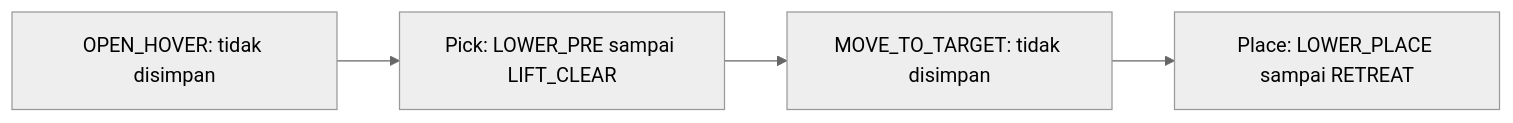
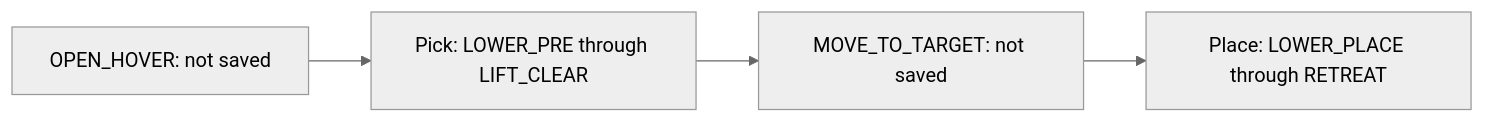
Before and after one commit to angelinemar/NSTC-Surgical-Instrument-Pick-Place: the third of 3 diagrams in README.md, drawn with Mermaid (neutral theme). The commit also changed other lines of this file and 10 other files, not shown here.

Commit message:
Translate reader-facing documentation and diagrams into English

````diff
--- a/README.md
+++ b/README.md
@@ -73,6 +73,6 @@
 ```mermaid
 flowchart LR
-    A["OPEN_HOVER: tidak disimpan"] --> B["Pick: LOWER_PRE sampai LIFT_CLEAR"]
-    B --> C["MOVE_TO_TARGET: tidak disimpan"]
-    C --> D["Place: LOWER_PLACE sampai RETREAT"]
+    A["OPEN_HOVER: not saved"] --> B["Pick: LOWER_PRE through LIFT_CLEAR"]
+    B --> C["MOVE_TO_TARGET: not saved"]
+    C --> D["Place: LOWER_PLACE through RETREAT"]
 ```
````
